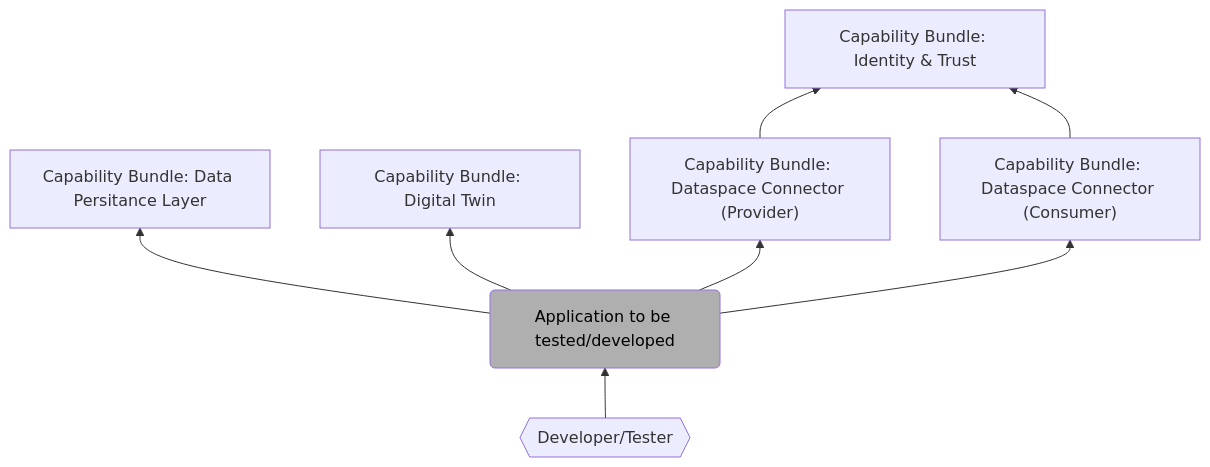
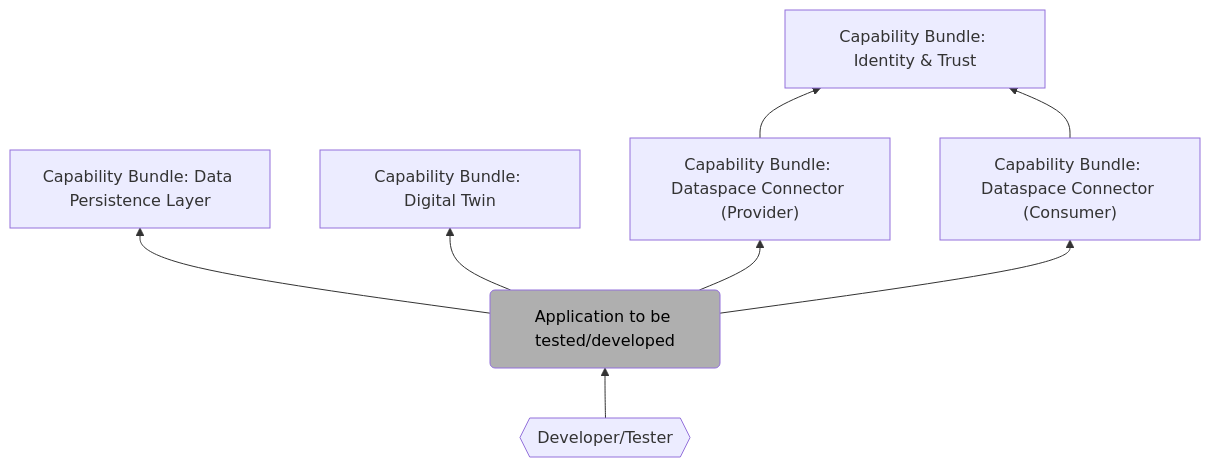
Before and after one commit to eclipse-tractusx/tractus-x-umbrella: the sixth of 8 diagrams in docs/concept/TAP7.1-solution-design.md, drawn with Mermaid. The commit also changed other lines of this file, not shown here.

`````diff
--- a/docs/concept/TAP7.1-solution-design.md
+++ b/docs/concept/TAP7.1-solution-design.md
@@ -396,18 +396,18 @@
 ````mermaid
 flowchart BT
     A["Capability Bundle: Identity & Trust"]
-    B["Capability Bundle: Data Persitance Layer"]
+    B["Capability Bundle: Data Persistence Layer"]
     C("Application to be tested/developed")
     style C fill:#afafaf,color:black
     D["Capability Bundle: Digital Twin"]
     E["Capability Bundle: Dataspace Connector (Provider)"]
     F["Capability Bundle: Dataspace Connector (Consumer)"]
     G{{"Developer/Tester"}}
     C --> B
     C --> D
     C --> E
     C --> F
     E --> A
     F --> A
     G --> C
 ````
`````
